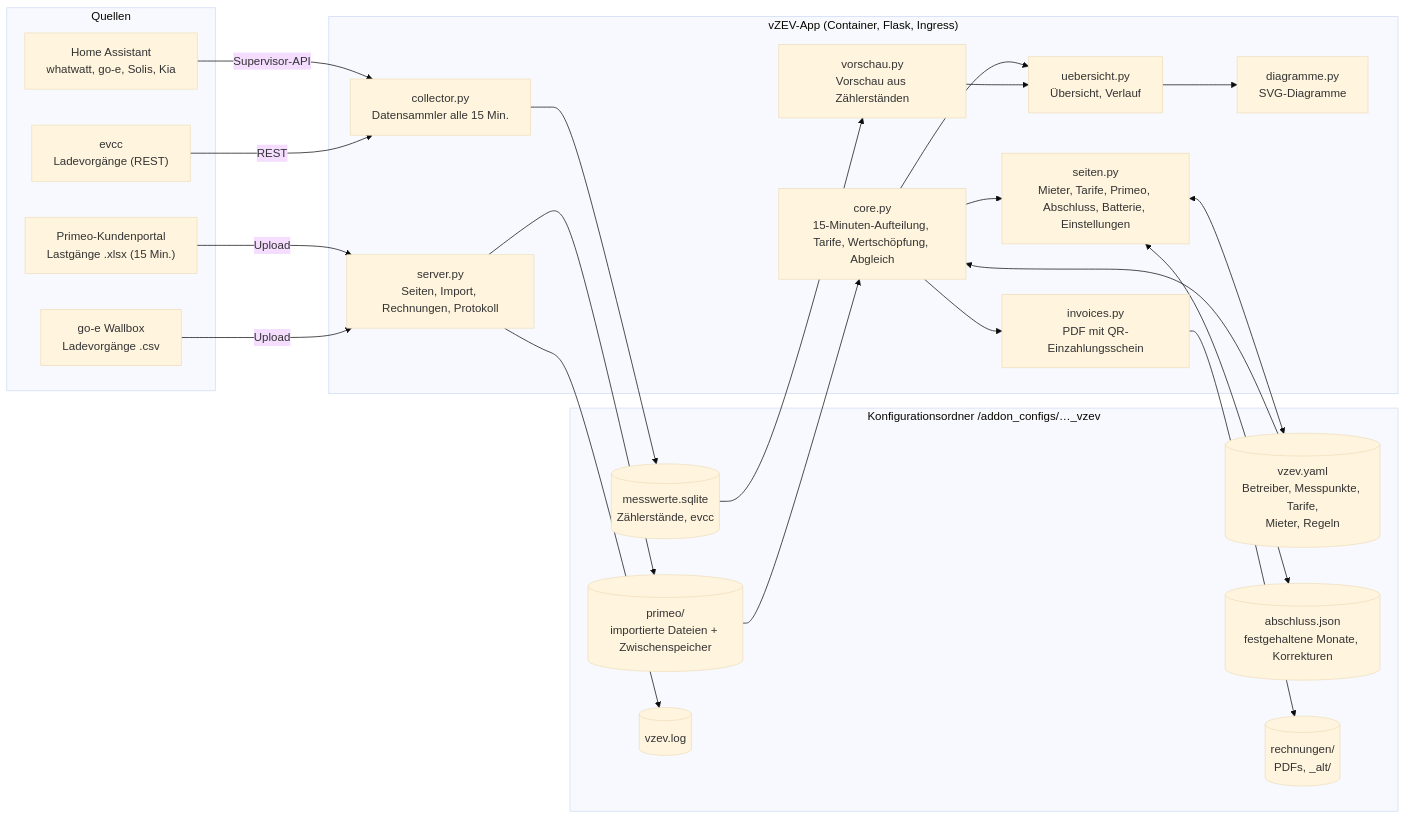
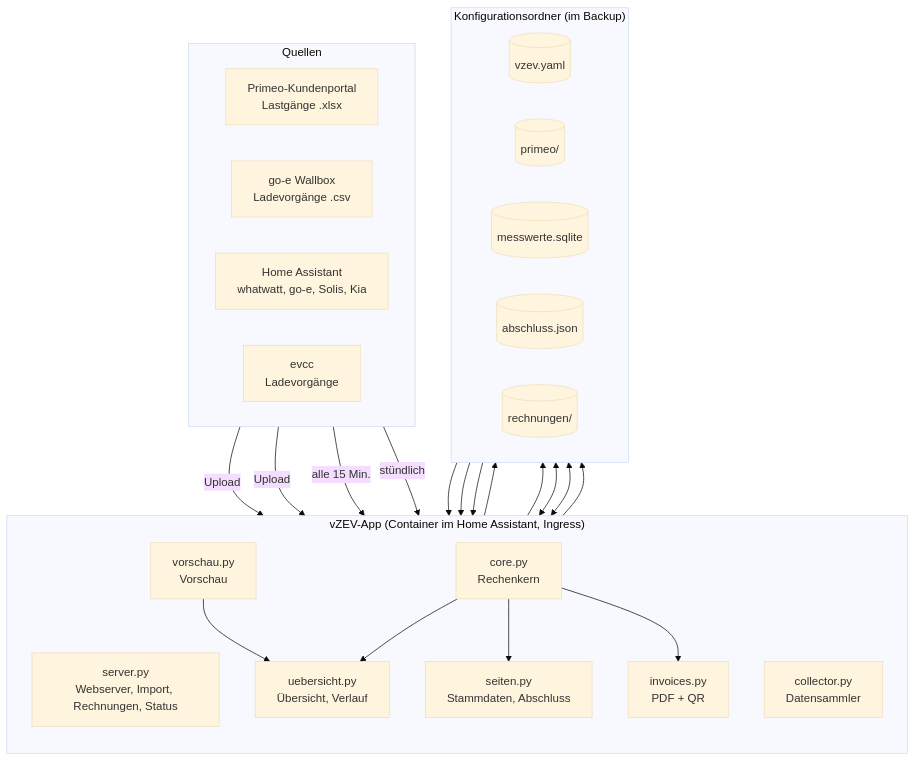
One commit to khu1985/vzev-ha changed the first of 5 diagrams in README.md. Above: the diagram before and after it, drawn with Mermaid (base theme). The commit also changed other lines of this file and 11 other files, not shown here.

````diff
--- a/README.md
+++ b/README.md
@@ -19,46 +23,44 @@
 ```mermaid
-flowchart LR
+flowchart TB
     subgraph Quellen
-        P["Primeo-Kundenportal<br/>Lastgänge .xlsx (15 Min.)"]
+        direction LR
+        P["Primeo-Kundenportal<br/>Lastgänge .xlsx"]
         W["go-e Wallbox<br/>Ladevorgänge .csv"]
         HA["Home Assistant<br/>whatwatt, go-e, Solis, Kia"]
-        E["evcc<br/>Ladevorgänge (REST)"]
+        E["evcc<br/>Ladevorgänge"]
     end
 
-    subgraph App["vZEV-App (Container, Flask, Ingress)"]
-        S["server.py<br/>Seiten, Import, Rechnungen, Protokoll"]
-        C["core.py<br/>15-Minuten-Aufteilung, Tarife, Wertschöpfung, Abgleich"]
-        V["vorschau.py<br/>Vorschau aus Zählerständen"]
+    subgraph App["vZEV-App (Container im Home Assistant, Ingress)"]
+        direction TB
+        S["server.py<br/>Webserver, Import, Rechnungen, Status"]
+        CO["collector.py<br/>Datensammler"]
+        C["core.py<br/>Rechenkern"]
+        V["vorschau.py<br/>Vorschau"]
         U["uebersicht.py<br/>Übersicht, Verlauf"]
-        SE["seiten.py<br/>Mieter, Tarife, Primeo, Abschluss, Batterie, Einstellungen"]
-        I["invoices.py<br/>PDF mit QR-Einzahlungsschein"]
-        D["diagramme.py<br/>SVG-Diagramme"]
-        CO["collector.py<br/>Datensammler alle 15 Min."]
+        SE["seiten.py<br/>Stammdaten, Abschluss"]
+        I["invoices.py<br/>PDF + QR"]
     end
 
-    subgraph Daten["Konfigurationsordner /addon_configs/…_vzev"]
-        Y[("vzev.yaml<br/>Betreiber, Messpunkte, Tarife,<br/>Mieter, Regeln")]
-        PR[("primeo/<br/>importierte Dateien + Zwischenspeicher")]
-        DB[("messwerte.sqlite<br/>Zählerstände, evcc")]
-        AB[("abschluss.json<br/>festgehaltene Monate, Korrekturen")]
-        R[("rechnungen/<br/>PDFs, _alt/")]
-        L[("vzev.log")]
+    subgraph Daten["Konfigurationsordner (im Backup)"]
+        direction LR
+        Y[("vzev.yaml")]
+        PR[("primeo/")]
+        DB[("messwerte.sqlite")]
+        AB[("abschluss.json")]
+        R[("rechnungen/")]
     end
 
-    P -- Upload --> S
-    W -- Upload --> S
-    S --> PR
-    HA -- Supervisor-API --> CO
-    E -- REST --> CO
+    P & W -- Upload --> S --> PR
+    HA -- "alle 15 Min." --> CO
+    E -- stündlich --> CO
     CO --> DB
     PR --> C
     Y --> C
+    DB --> V
     C --> U
-    DB --> V --> U
+    V --> U
     C --> SE
     SE <--> Y
     SE <--> AB
     C --> I --> R
-    U --> D
-    S --> L
 ```
````
